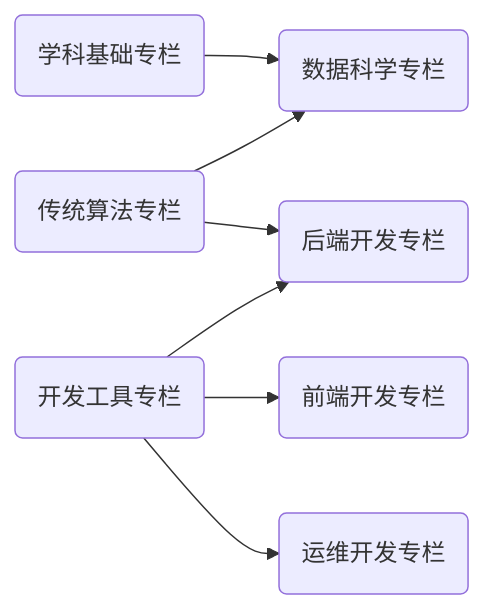
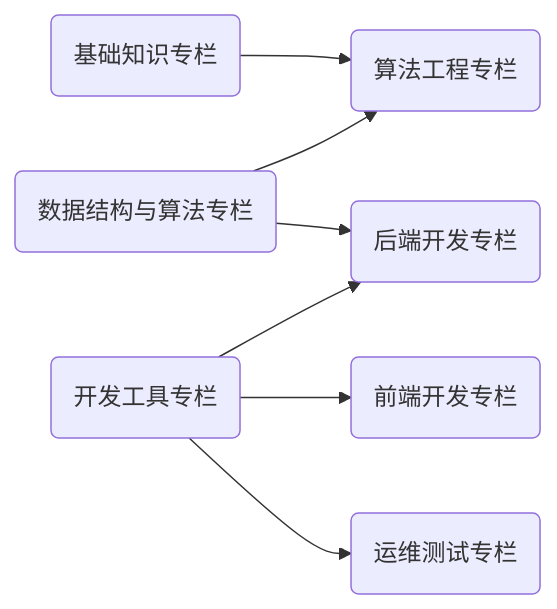
Before and after one commit to Explorer-Dong/wiki: the diagram in README.md, drawn with Mermaid. The commit also changed other lines of this file and 20 other files, not shown here.

````diff
--- a/README.md
+++ b/README.md
@@ -13,16 +17,16 @@
 ```mermaid
 graph LR
     %% 实体定义
-    aics_base(学科基础专栏)
-    data_science(数据科学专栏)
-    ds_and_algo(传统算法专栏)
+    aics_base(基础知识专栏)
+    ds_and_algo(数据结构与算法专栏)
+    algo_engineering(算法工程专栏)
     dev_tools(开发工具专栏)
     front_end(前端开发专栏)
     back_end(后端开发专栏)
-    dev_ops(运维开发专栏)
+    dev_ops(运维测试专栏)
 
     %% 关系定义
-    aics_base --> data_science
-    ds_and_algo --> data_science & back_end
+    aics_base --> algo_engineering
+    ds_and_algo --> algo_engineering & back_end
     dev_tools --> front_end & back_end & dev_ops
 ```
````
